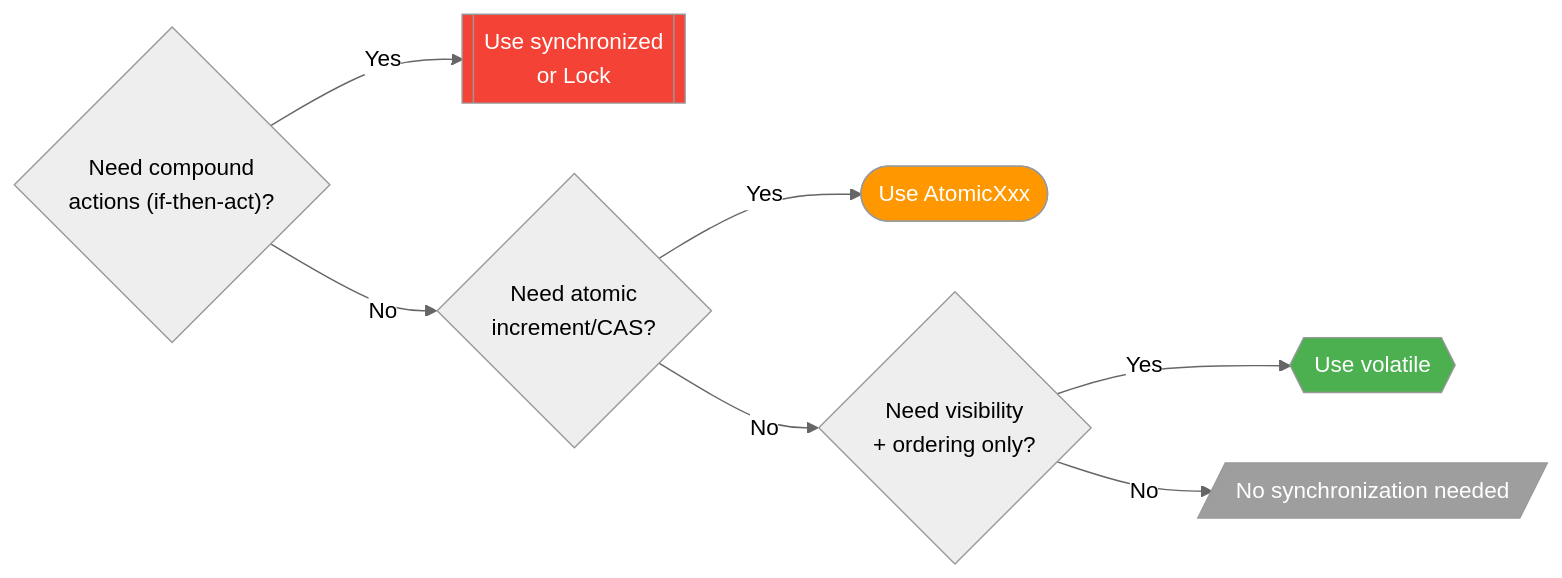
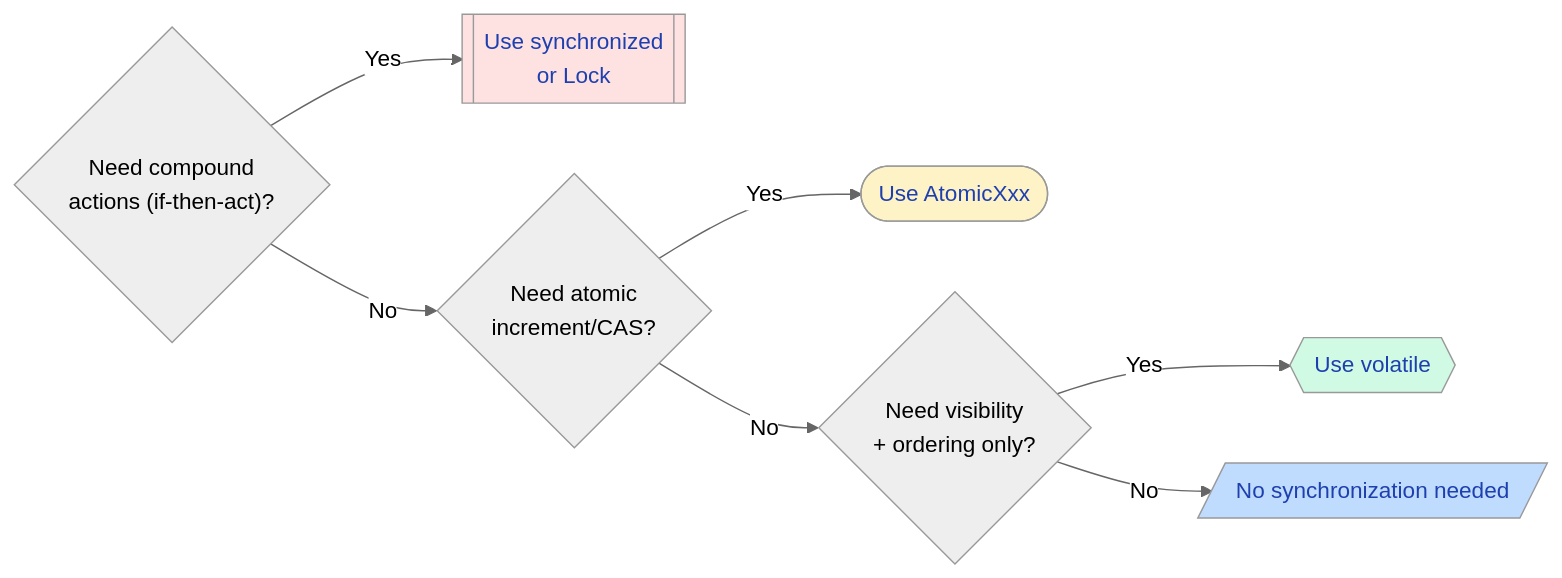
Before and after one commit to saivamsikaruturi/vamsilabs-dev-notes-main: the seventh of 7 diagrams in docs/java/JavaMemoryModel.md, drawn with Mermaid (neutral theme). The commit also changed other lines of this file and 220 other files, not shown here.

First line of the commit message:
Add 50+ new Java/Spring Boot pages, rewrite CSS code blocks to Oracle style, fix all diagram colors

````diff
--- a/docs/java/JavaMemoryModel.md
+++ b/docs/java/JavaMemoryModel.md
@@ -388,15 +388,15 @@
 ```mermaid
 flowchart LR
     Q1{"Need compound<br/>actions (if-then-act)?"}
     Q1 -->|Yes| SYNC[["Use synchronized<br/>or Lock"]]
     Q1 -->|No| Q2{"Need atomic<br/>increment/CAS?"}
     Q2 -->|Yes| ATOMIC(["Use AtomicXxx"])
     Q2 -->|No| Q3{"Need visibility<br/>+ ordering only?"}
     Q3 -->|Yes| VOLATILE{{"Use volatile"}}
     Q3 -->|No| NONE[/"No synchronization needed"/]
 
-    style SYNC fill:#F44336,color:#fff
-    style ATOMIC fill:#FF9800,color:#fff
-    style VOLATILE fill:#4CAF50,color:#fff
-    style NONE fill:#9E9E9E,color:#fff
+    style SYNC fill:#FEE2E2,color:#1E40AF
+    style ATOMIC fill:#FEF3C7,color:#1E40AF
+    style VOLATILE fill:#D1FAE5,color:#1E40AF
+    style NONE fill:#BFDBFE,color:#1E40AF
 ```
````
